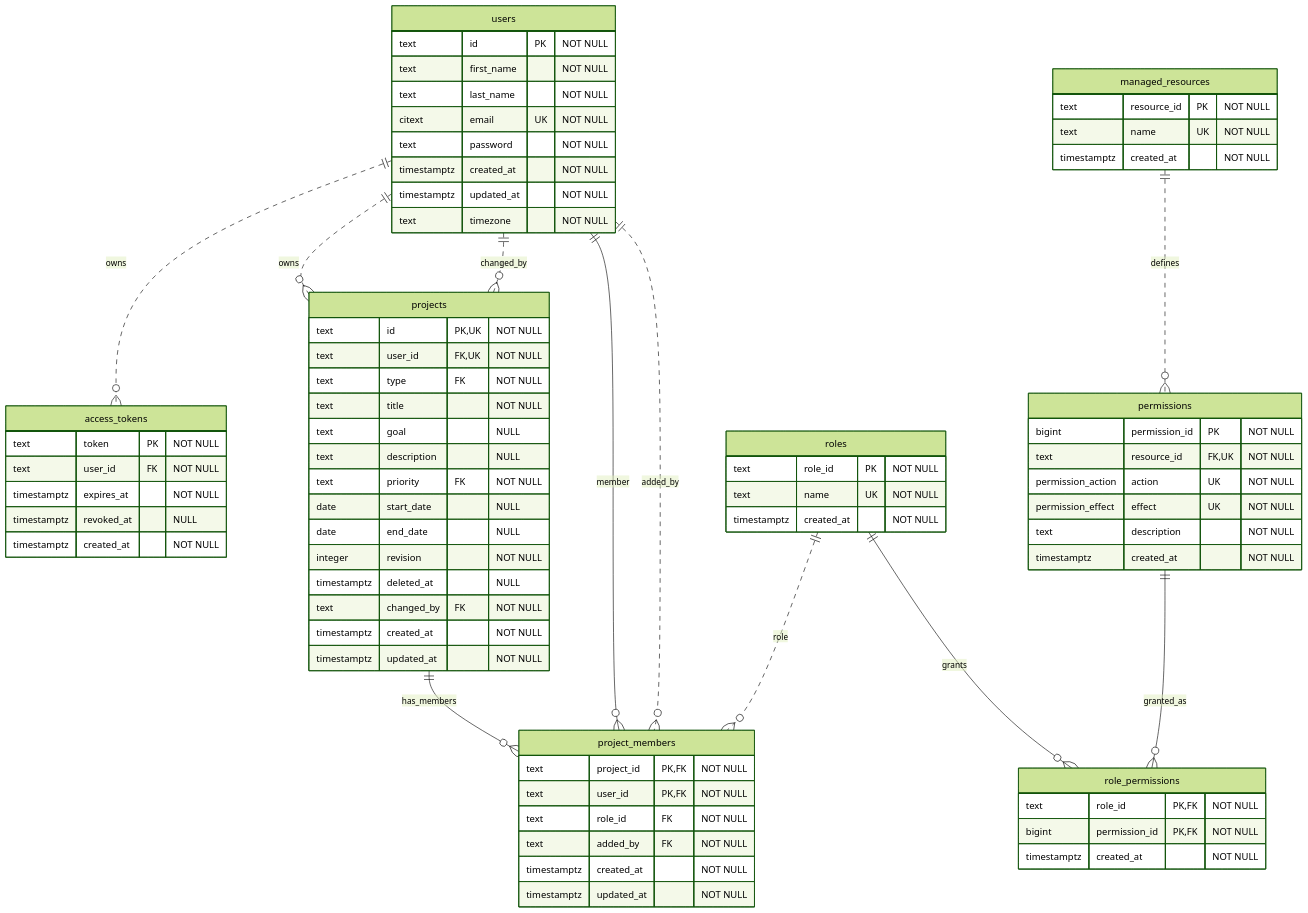
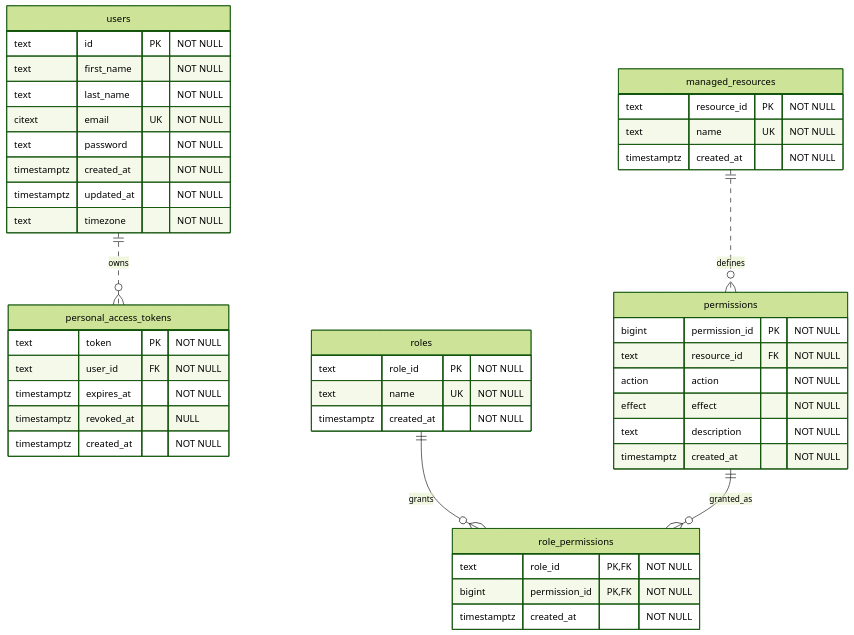
Before and after one commit to Najah7/task2todaytodo: the diagram in backend/db/er/auth.mmd, drawn with Mermaid (forest theme). The commit also changed 392 other files, not shown here.

Commit message:
♻️ (backend): separate project, task, schedule, and tag contexts

```diff
--- a/backend/db/er/auth.mmd
+++ b/backend/db/er/auth.mmd
@@ -1,85 +1,52 @@
 erDiagram
     %% Composite unique constraint: permissions(resource_id, action, effect).
-    %% projects.type and projects.priority reference task-schema master tables, omitted from this auth view.
     users {
         text id PK "NOT NULL"
         text first_name "NOT NULL"
         text last_name "NOT NULL"
         citext email UK "NOT NULL"
         text password "NOT NULL"
         timestamptz created_at "NOT NULL"
         timestamptz updated_at "NOT NULL"
         text timezone "NOT NULL"
     }
 
-    access_tokens {
+    personal_access_tokens {
         text token PK "NOT NULL"
         text user_id FK "NOT NULL"
         timestamptz expires_at "NOT NULL"
         timestamptz revoked_at "NULL"
         timestamptz created_at "NOT NULL"
     }
 
     roles {
         text role_id PK "NOT NULL"
         text name UK "NOT NULL"
         timestamptz created_at "NOT NULL"
     }
 
     managed_resources {
         text resource_id PK "NOT NULL"
         text name UK "NOT NULL"
         timestamptz created_at "NOT NULL"
     }
 
     permissions {
         bigint permission_id PK "NOT NULL"
-        text resource_id FK, UK "NOT NULL"
-        permission_action action UK "NOT NULL"
-        permission_effect effect UK "NOT NULL"
+        text resource_id FK "NOT NULL"
+        action action "NOT NULL"
+        effect effect "NOT NULL"
         text description "NOT NULL"
         timestamptz created_at "NOT NULL"
     }
 
     role_permissions {
         text role_id PK, FK "NOT NULL"
         bigint permission_id PK, FK "NOT NULL"
         timestamptz created_at "NOT NULL"
     }
 
-    projects {
-        text id PK, UK "NOT NULL"
-        text user_id FK, UK "NOT NULL"
-        text type FK "NOT NULL"
-        text title "NOT NULL"
-        text goal "NULL"
-        text description "NULL"
-        text priority FK "NOT NULL"
-        date start_date "NULL"
-        date end_date "NULL"
-        integer revision "NOT NULL"
-        timestamptz deleted_at "NULL"
-        text changed_by FK "NOT NULL"
-        timestamptz created_at "NOT NULL"
-        timestamptz updated_at "NOT NULL"
-    }
-
-    project_members {
-        text project_id PK, FK "NOT NULL"
-        text user_id PK, FK "NOT NULL"
-        text role_id FK "NOT NULL"
-        text added_by FK "NOT NULL"
-        timestamptz created_at "NOT NULL"
-        timestamptz updated_at "NOT NULL"
-    }
-
-    users ||..o{ access_tokens : owns
+    users ||..o{ personal_access_tokens : owns
     managed_resources ||..o{ permissions : defines
     roles ||--o{ role_permissions : grants
     permissions ||--o{ role_permissions : granted_as
-    users ||..o{ projects : owns
-    users ||..o{ projects : changed_by
-    projects ||--o{ project_members : has_members
-    users ||--o{ project_members : member
-    users ||..o{ project_members : added_by
-    roles ||..o{ project_members : role
```
